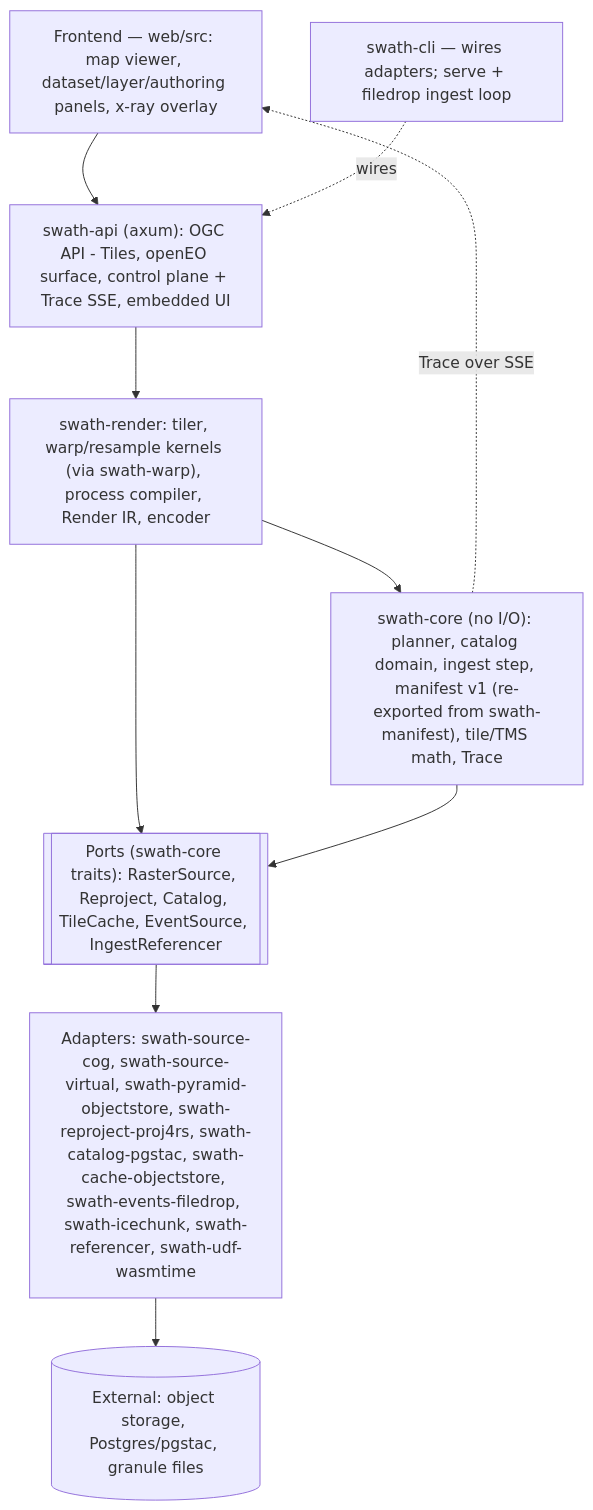
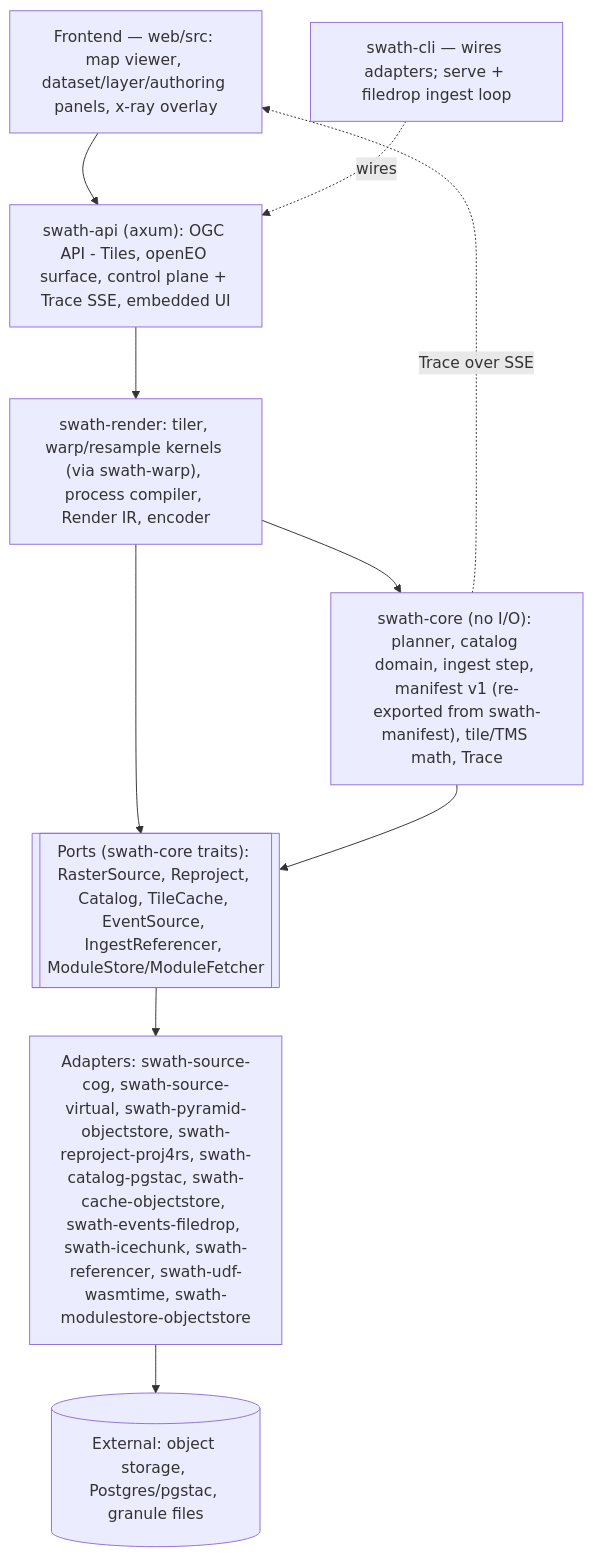
Before and after one commit to forgo/swath: the diagram in docs/ARCHITECTURE.md, drawn with Mermaid. The commit also changed other lines of this file and 37 other files, not shown here.

First line of the commit message:
feat: run_udf in the compiler + content-addressed module store (#263)

````diff
--- a/docs/ARCHITECTURE.md
+++ b/docs/ARCHITECTURE.md
@@ -44,17 +44,17 @@
 ```mermaid
 flowchart TB
   FE["Frontend — web/src: map viewer, dataset/layer/authoring panels, x-ray overlay"]
   IN["swath-api (axum): OGC API - Tiles, openEO surface, control plane + Trace SSE, embedded UI"]
   RENDER["swath-render: tiler, warp/resample kernels (via swath-warp), process compiler, Render IR, encoder"]
   CORE["swath-core (no I/O): planner, catalog domain, ingest step, manifest v1 (re-exported from swath-manifest), tile/TMS math, Trace"]
-  PORTS[["Ports (swath-core traits): RasterSource, Reproject, Catalog, TileCache, EventSource, IngestReferencer"]]
-  ADS["Adapters: swath-source-cog, swath-source-virtual, swath-pyramid-objectstore, swath-reproject-proj4rs, swath-catalog-pgstac, swath-cache-objectstore, swath-events-filedrop, swath-icechunk, swath-referencer, swath-udf-wasmtime"]
+  PORTS[["Ports (swath-core traits): RasterSource, Reproject, Catalog, TileCache, EventSource, IngestReferencer, ModuleStore/ModuleFetcher"]]
+  ADS["Adapters: swath-source-cog, swath-source-virtual, swath-pyramid-objectstore, swath-reproject-proj4rs, swath-catalog-pgstac, swath-cache-objectstore, swath-events-filedrop, swath-icechunk, swath-referencer, swath-udf-wasmtime, swath-modulestore-objectstore"]
   EXT[("External: object storage, Postgres/pgstac, granule files")]
   CLI["swath-cli — wires adapters; serve + filedrop ingest loop"]
 
   FE --> IN --> RENDER --> CORE
   RENDER --> PORTS
   CORE --> PORTS --> ADS --> EXT
   CLI -. wires .-> IN
   CORE -. Trace over SSE .-> FE
 ```
````
